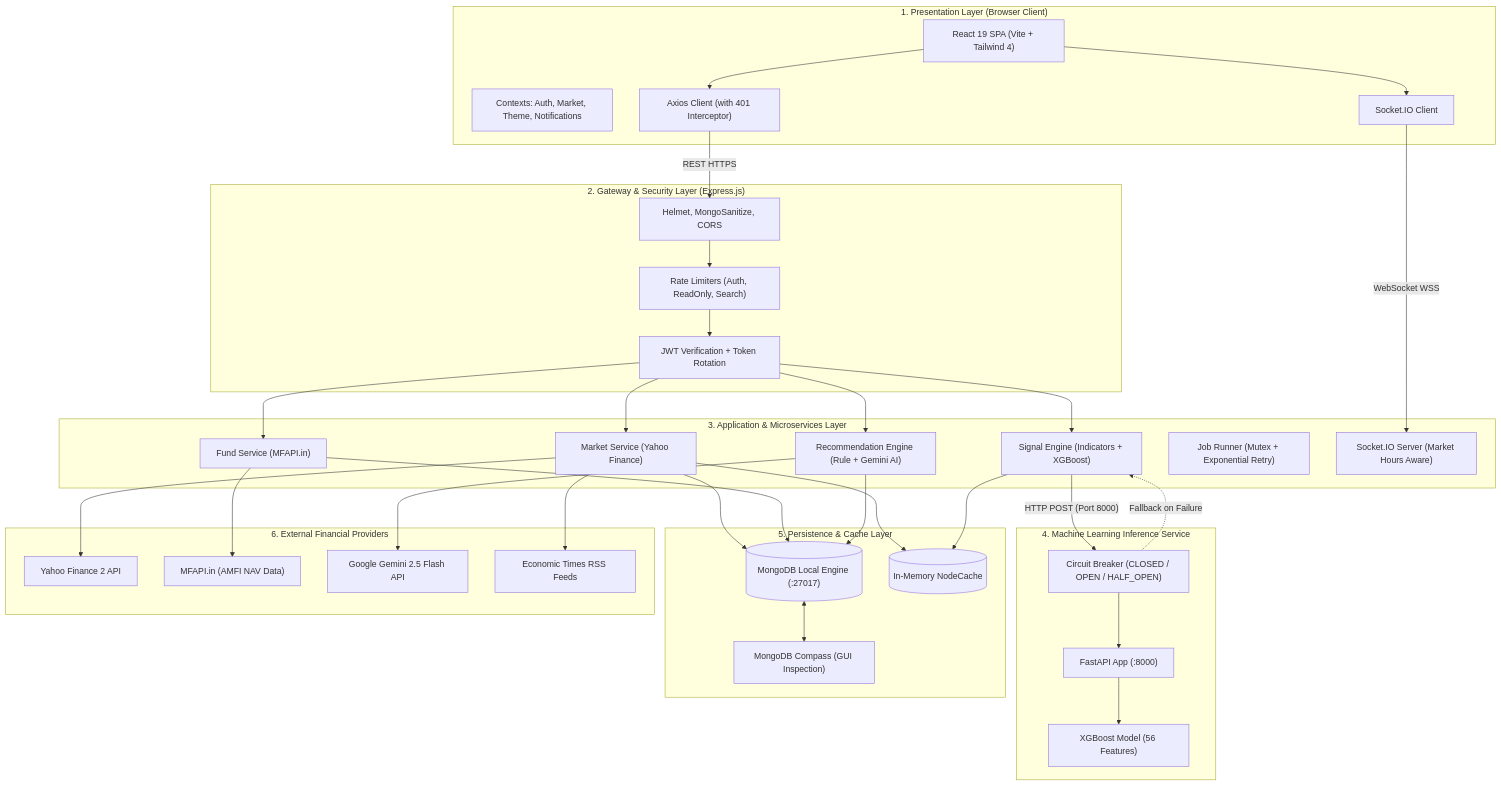
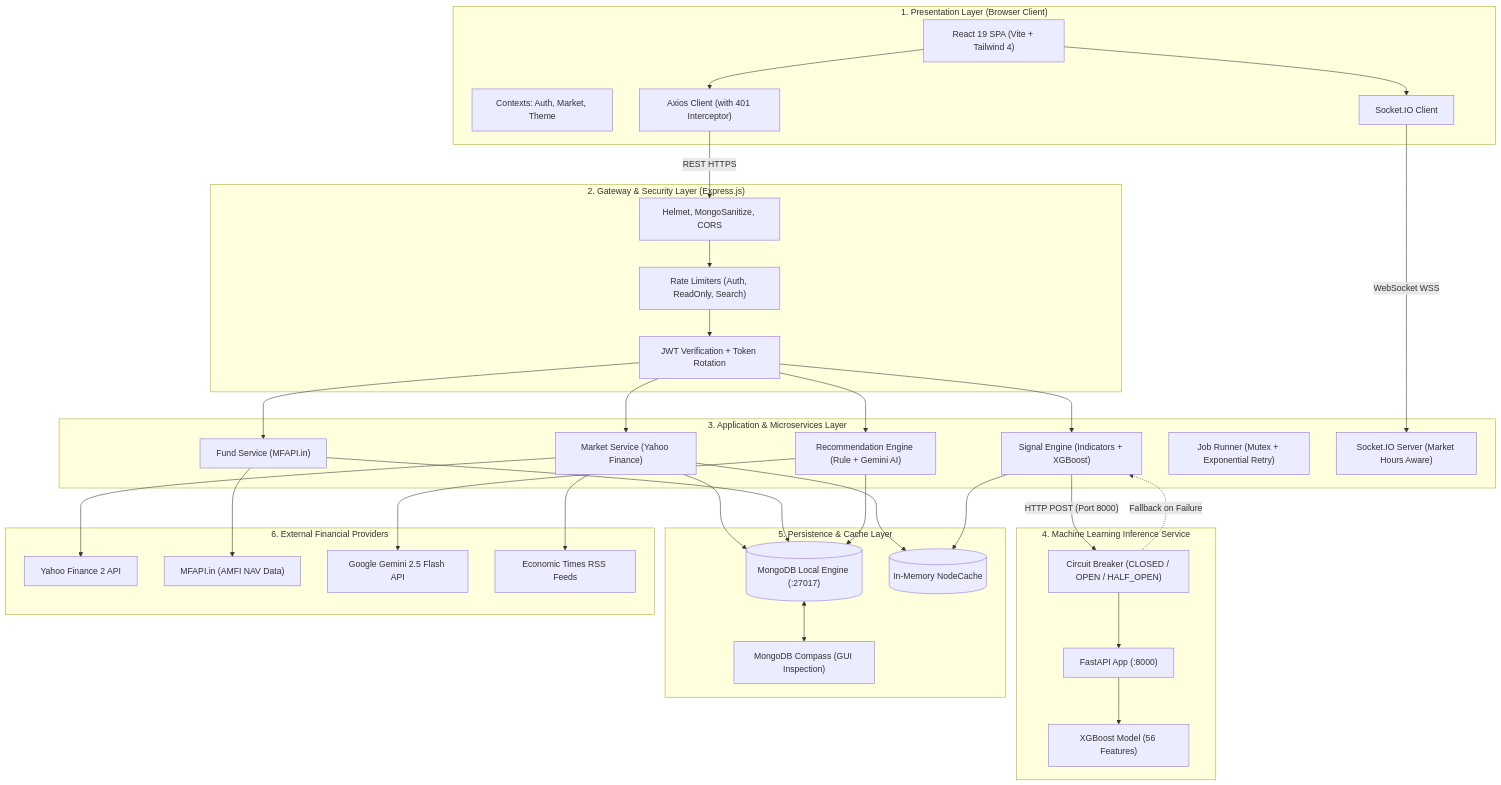
The first of 3 diagrams in TECH_STACK.md (Sriram176-Dev/RupeeMind), drawn with Mermaid before and after one commit. The commit also changed other lines of this file and 33 other files, not shown here.

````diff
--- a/TECH_STACK.md
+++ b/TECH_STACK.md
@@ -149,70 +150,70 @@
 ```mermaid
 flowchart TB
     subgraph ClientLayer ["1. Presentation Layer (Browser Client)"]
         SPA["React 19 SPA (Vite + Tailwind 4)"]
-        State["Contexts: Auth, Market, Theme, Notifications"]
+      State["Contexts: Auth, Market, Theme"]
         AxiosClient["Axios Client (with 401 Interceptor)"]
         WSClient["Socket.IO Client"]
     end
 
     subgraph GatewayLayer ["2. Gateway & Security Layer (Express.js)"]
         SecMiddleware["Helmet, MongoSanitize, CORS"]
         RateLimiter["Rate Limiters (Auth, ReadOnly, Search)"]
         AuthMiddleware["JWT Verification + Token Rotation"]
     end
 
     subgraph ServiceLayer ["3. Application & Microservices Layer"]
         MarketSvc["Market Service (Yahoo Finance)"]
         FundSvc["Fund Service (MFAPI.in)"]
         SignalSvc["Signal Engine (Indicators + XGBoost)"]
         RecoSvc["Recommendation Engine (Rule + Gemini AI)"]
         JobRunner["Job Runner (Mutex + Exponential Retry)"]
         WSServer["Socket.IO Server (Market Hours Aware)"]
     end
 
     subgraph MLLayer ["4. Machine Learning Inference Service"]
         FastAPI["FastAPI App (:8000)"]
         XGBModel["XGBoost Model (56 Features)"]
         CircuitBreaker["Circuit Breaker (CLOSED / OPEN / HALF_OPEN)"]
     end
 
     subgraph DataLayer ["5. Persistence & Cache Layer"]
         MongoDB[("MongoDB Local Engine (:27017)")]
         Compass["MongoDB Compass (GUI Inspection)"]
         NodeCache[("In-Memory NodeCache")]
     end
 
     subgraph ExternalAPIs ["6. External Financial Providers"]
         YF["Yahoo Finance 2 API"]
         MF["MFAPI.in (AMFI NAV Data)"]
         Gemini["Google Gemini 2.5 Flash API"]
         ET["Economic Times RSS Feeds"]
     end
 
     SPA --> AxiosClient
     SPA --> WSClient
     AxiosClient -- "REST HTTPS" --> SecMiddleware
     WSClient -- "WebSocket WSS" --> WSServer
 
     SecMiddleware --> RateLimiter --> AuthMiddleware
     AuthMiddleware --> MarketSvc
     AuthMiddleware --> FundSvc
     AuthMiddleware --> SignalSvc
     AuthMiddleware --> RecoSvc
 
     SignalSvc -- "HTTP POST (Port 8000)" --> CircuitBreaker
     CircuitBreaker --> FastAPI --> XGBModel
     CircuitBreaker -. "Fallback on Failure" .-> SignalSvc
 
     MarketSvc --> YF
     FundSvc --> MF
     RecoSvc --> Gemini
     MarketSvc --> ET
 
     MarketSvc --> NodeCache
     SignalSvc --> NodeCache
     MarketSvc --> MongoDB
     FundSvc --> MongoDB
     RecoSvc --> MongoDB
     MongoDB <--> Compass
 ```
````
